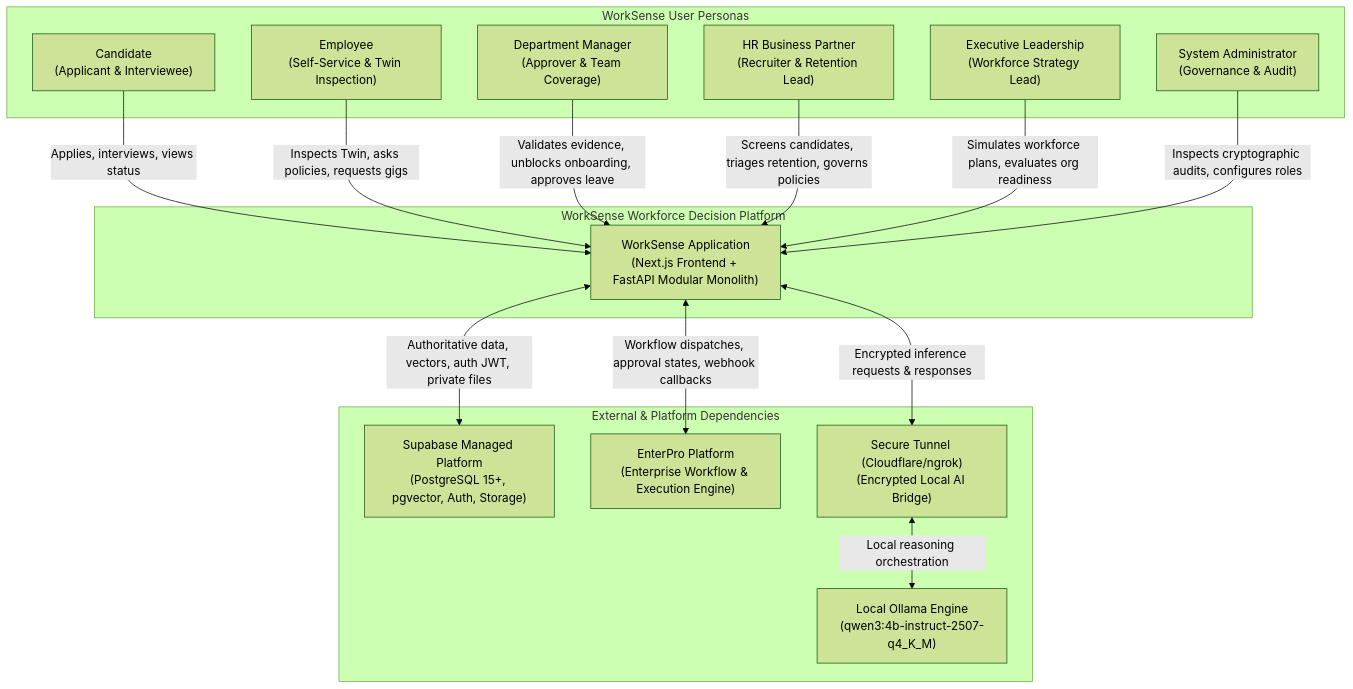
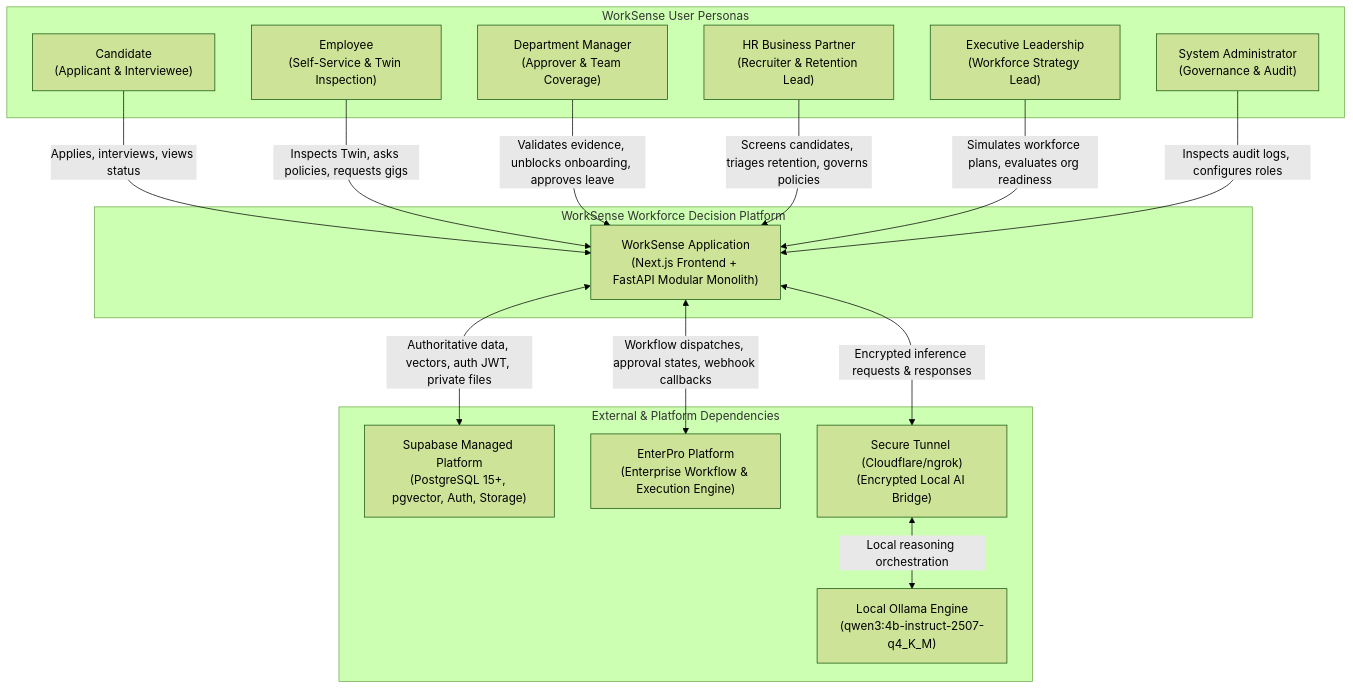
The first of 18 diagrams in docs/06-System-Architecture.md (sharancode3/WorkSense), drawn with Mermaid (forest theme) before and after one commit. The commit also changed other lines of this file and 10 other files, not shown here.

````diff
--- a/docs/06-System-Architecture.md
+++ b/docs/06-System-Architecture.md
@@ -113,45 +113,45 @@
 ```mermaid
 flowchart TD
     subgraph HumanActors["WorkSense User Personas"]
         CAND["Candidate
 (Applicant & Interviewee)"]
         EMP["Employee
 (Self-Service & Twin Inspection)"]
         MGR["Department Manager
 (Approver & Team Coverage)"]
         HRBP["HR Business Partner
 (Recruiter & Retention Lead)"]
         EXEC["Executive Leadership
 (Workforce Strategy Lead)"]
         ADMIN["System Administrator
 (Governance & Audit)"]
     end
 
     subgraph CoreSystem["WorkSense Workforce Decision Platform"]
         WS["WorkSense Application
 (Next.js Frontend + FastAPI Modular Monolith)"]
     end
 
     subgraph ExternalSystems["External & Platform Dependencies"]
         SUPA["Supabase Managed Platform
 (PostgreSQL 15+, pgvector, Auth, Storage)"]
         OLLAMA["Local Ollama Engine
 (qwen3:4b-instruct-2507-q4_K_M)"]
         ENTERPRO["EnterPro Platform
 (Enterprise Workflow & Execution Engine)"]
         TUNNEL["Secure Tunnel (Cloudflare/ngrok)
 (Encrypted Local AI Bridge)"]
     end
 
     CAND -->|Applies, interviews, views status| WS
     EMP -->|Inspects Twin, asks policies, requests gigs| WS
     MGR -->|Validates evidence, unblocks onboarding, approves leave| WS
     HRBP -->|Screens candidates, triages retention, governs policies| WS
     EXEC -->|Simulates workforce plans, evaluates org readiness| WS
-    ADMIN -->|Inspects cryptographic audits, configures roles| WS
+    ADMIN -->|Inspects audit logs, configures roles| WS
 
     WS <-->|Authoritative data, vectors, auth JWT, private files| SUPA
     WS <-->|Encrypted inference requests & responses| TUNNEL
     TUNNEL <-->|Local reasoning orchestration| OLLAMA
     WS <-->|Workflow dispatches, approval states, webhook callbacks| ENTERPRO
 ```
````
